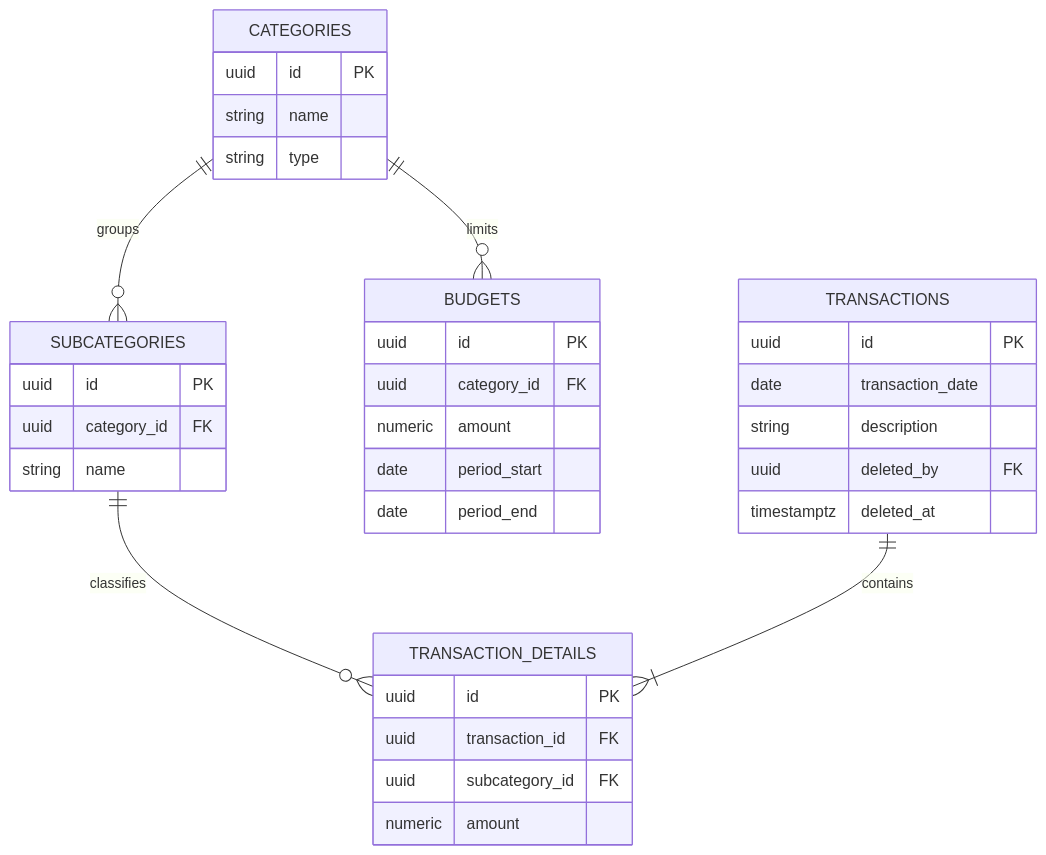
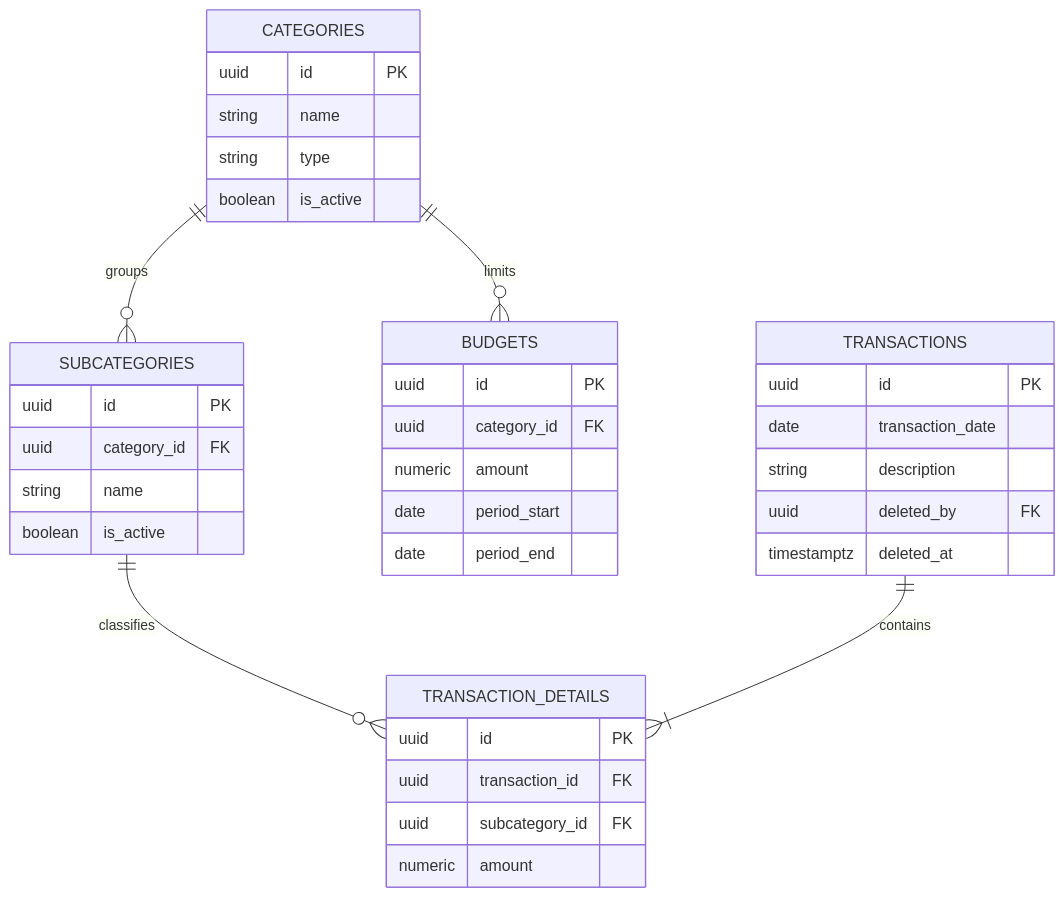
The diagram in docs/06-data/models.md (Naudi13/budget-tracker), drawn with Mermaid before and after one commit. The commit also changed other lines of this file and 1 other file, not shown here.

````diff
--- a/docs/06-data/models.md
+++ b/docs/06-data/models.md
@@ -26,37 +26,39 @@
 ```mermaid
 erDiagram
     CATEGORIES ||--o{ SUBCATEGORIES : groups
     CATEGORIES ||--o{ BUDGETS : limits
     SUBCATEGORIES ||--o{ TRANSACTION_DETAILS : classifies
     TRANSACTIONS ||--|{ TRANSACTION_DETAILS : contains
     CATEGORIES {
         uuid id PK
         string name
         string type
+        boolean is_active
     }
     SUBCATEGORIES {
         uuid id PK
         uuid category_id FK
         string name
+        boolean is_active
     }
     BUDGETS {
         uuid id PK
         uuid category_id FK
         numeric amount
         date period_start
         date period_end
     }
     TRANSACTIONS {
         uuid id PK
         date transaction_date
         string description
         uuid deleted_by FK
         timestamptz deleted_at
     }
     TRANSACTION_DETAILS {
         uuid id PK
         uuid transaction_id FK
         uuid subcategory_id FK
         numeric amount
     }
 ```
````
